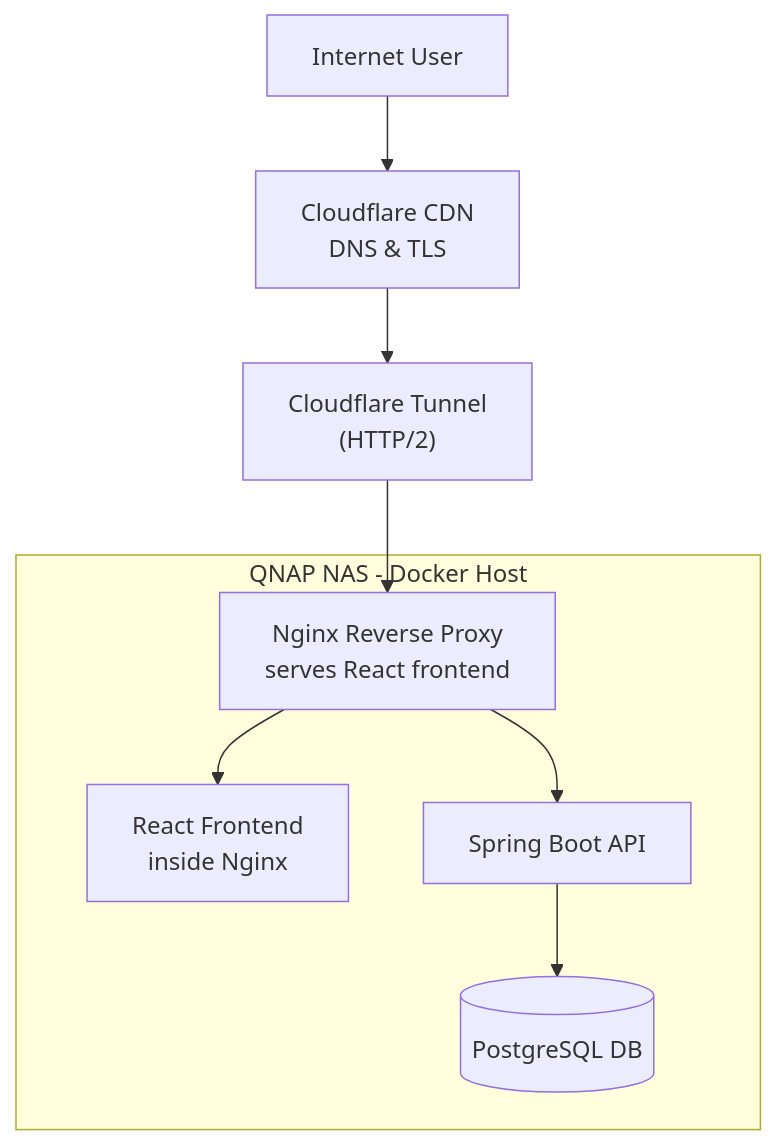
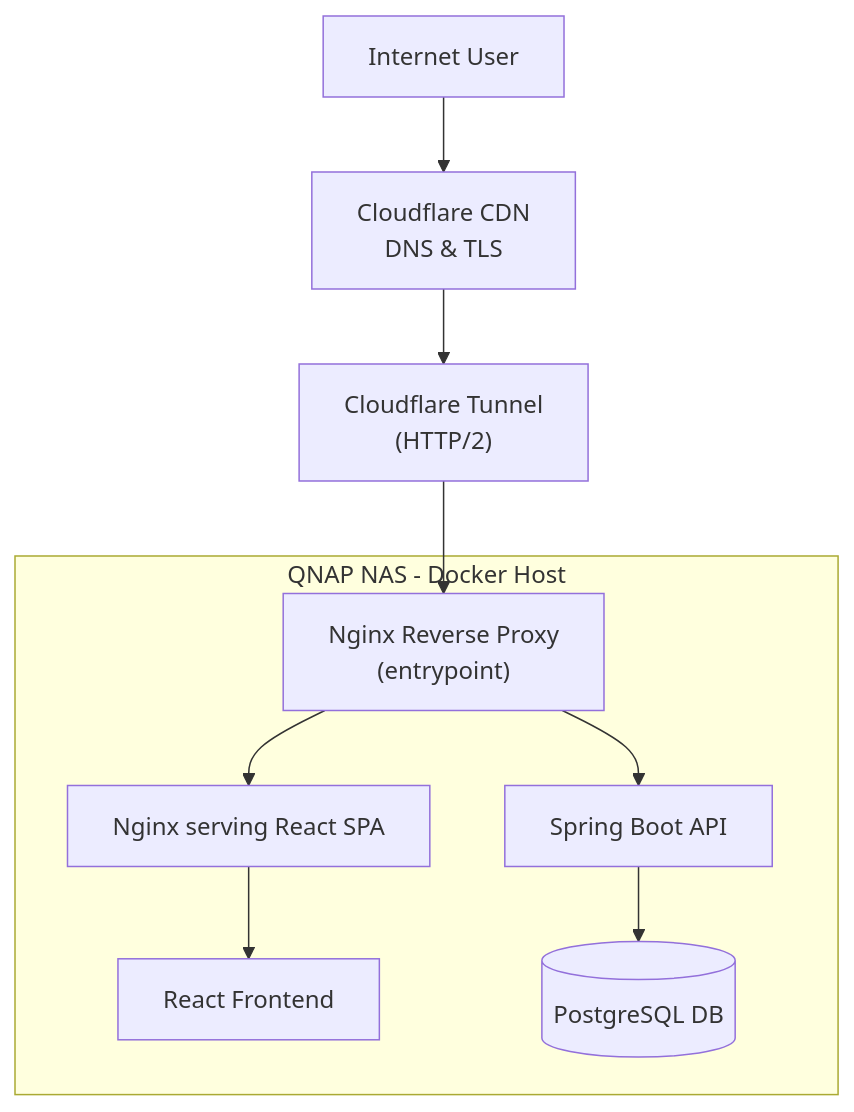
Before and after one commit to Widlakolak/poetry-stream: the first of 4 diagrams in README.md, drawn with Mermaid. The commit also changed other lines of this file, not shown here.

````diff
--- a/README.md
+++ b/README.md
@@ -83,25 +86,26 @@
 ```mermaid
 flowchart TD
 
 User[Internet User]
 CF[Cloudflare CDN
 DNS & TLS]
 Tunnel["Cloudflare Tunnel
 (HTTP/2)"]
 
 subgraph QNAP NAS - Docker Host
-  Nginx[Nginx Reverse Proxy
-serves React frontend]
-  Frontend[React Frontend
-inside Nginx]
+  EdgeNginx["Nginx Reverse Proxy
+(entrypoint)"]
+  FrontendNginx[Nginx serving React SPA]
+  Frontend[React Frontend]
   Backend[Spring Boot API]
   DB[(PostgreSQL DB)]
 end
 
 User --> CF
 CF --> Tunnel
-Tunnel --> Nginx
-Nginx --> Frontend
-Nginx --> Backend
+Tunnel --> EdgeNginx
+EdgeNginx --> FrontendNginx
+EdgeNginx --> Backend
+FrontendNginx --> Frontend
 Backend --> DB
 ```
````
